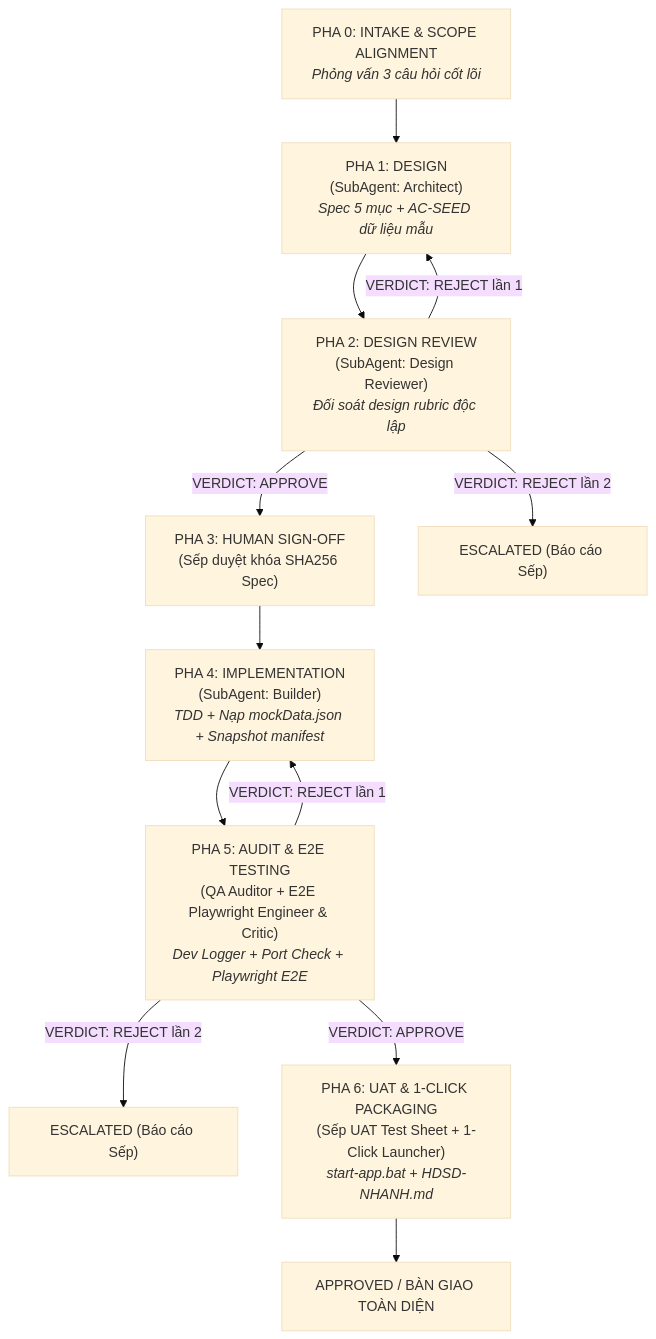
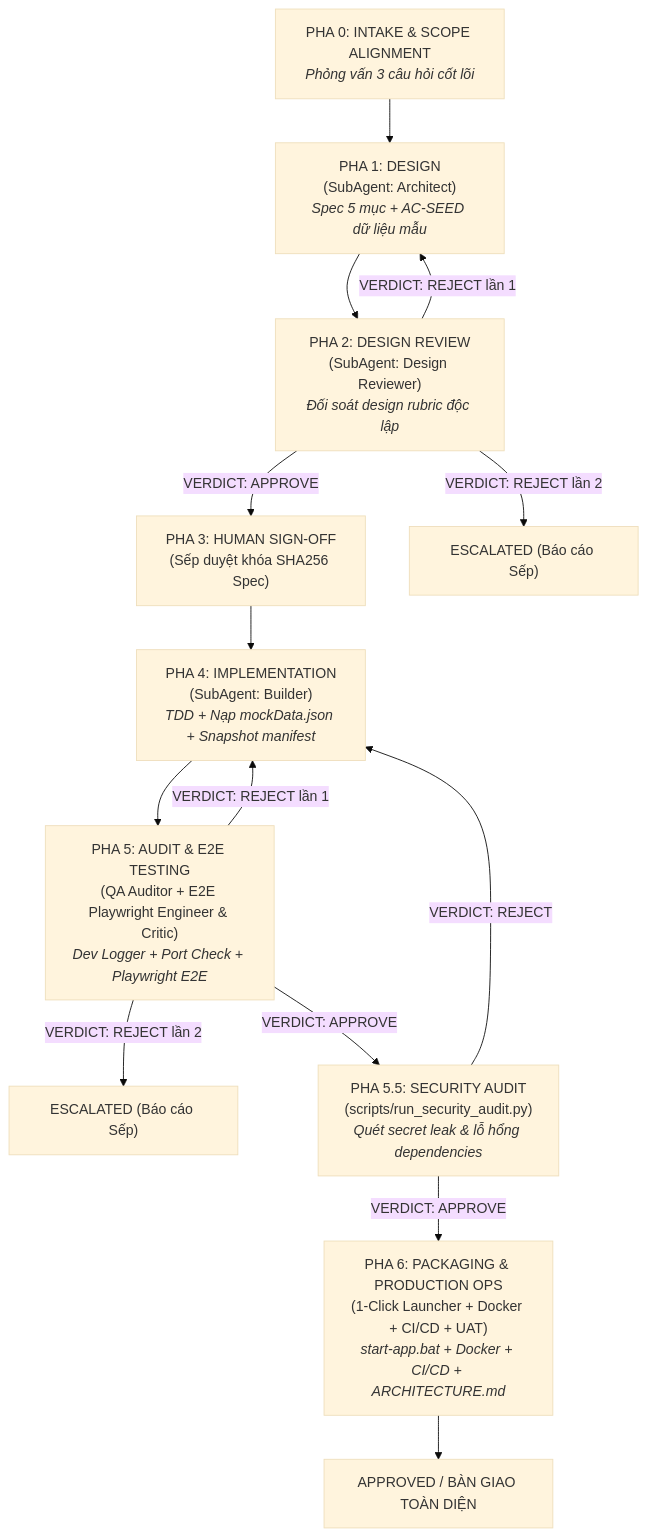
One commit to sumita-dev/Antigravity-Harness-HuB changed the first of 2 diagrams in README.md. Above: the diagram before and after it, drawn with Mermaid (base theme). The commit also changed other lines of this file and 8 other files, not shown here.

Commit message:
feat: upgrade app workflow to production-ready engineering harness

````diff
--- a/README.md
+++ b/README.md
@@ -121,14 +129,16 @@
 ```mermaid
 flowchart TD
     A["PHA 0: INTAKE & SCOPE ALIGNMENT<br/><i>Phỏng vấn 3 câu hỏi cốt lõi</i>"] --> B["PHA 1: DESIGN<br/>(SubAgent: Architect)<br/><i>Spec 5 mục + AC-SEED dữ liệu mẫu</i>"]
     B --> C["PHA 2: DESIGN REVIEW<br/>(SubAgent: Design Reviewer)<br/><i>Đối soát design rubric độc lập</i>"]
     C -->|"VERDICT: APPROVE"| D["PHA 3: HUMAN SIGN-OFF<br/>(Sếp duyệt khóa SHA256 Spec)"]
     C -->|"VERDICT: REJECT lần 1"| B
     C -->|"VERDICT: REJECT lần 2"| ESC1["ESCALATED (Báo cáo Sếp)"]
     D --> E["PHA 4: IMPLEMENTATION<br/>(SubAgent: Builder)<br/><i>TDD + Nạp mockData.json + Snapshot manifest</i>"]
     E --> F["PHA 5: AUDIT & E2E TESTING<br/>(QA Auditor + E2E Playwright Engineer & Critic)<br/><i>Dev Logger + Port Check + Playwright E2E</i>"]
     F -->|"VERDICT: REJECT lần 1"| E
     F -->|"VERDICT: REJECT lần 2"| ESC2["ESCALATED (Báo cáo Sếp)"]
-    F -->|"VERDICT: APPROVE"| G["PHA 6: UAT & 1-CLICK PACKAGING<br/>(Sếp UAT Test Sheet + 1-Click Launcher)<br/><i>start-app.bat + HDSD-NHANH.md</i>"]
+    F -->|"VERDICT: APPROVE"| SEC["PHA 5.5: SECURITY AUDIT<br/>(scripts/run_security_audit.py)<br/><i>Quét secret leak & lỗ hổng dependencies</i>"]
+    SEC -->|"VERDICT: REJECT"| E
+    SEC -->|"VERDICT: APPROVE"| G["PHA 6: PACKAGING & PRODUCTION OPS<br/>(1-Click Launcher + Docker + CI/CD + UAT)<br/><i>start-app.bat + Docker + CI/CD + ARCHITECTURE.md</i>"]
     G --> H["APPROVED / BÀN GIAO TOÀN DIỆN"]
 ```
````
